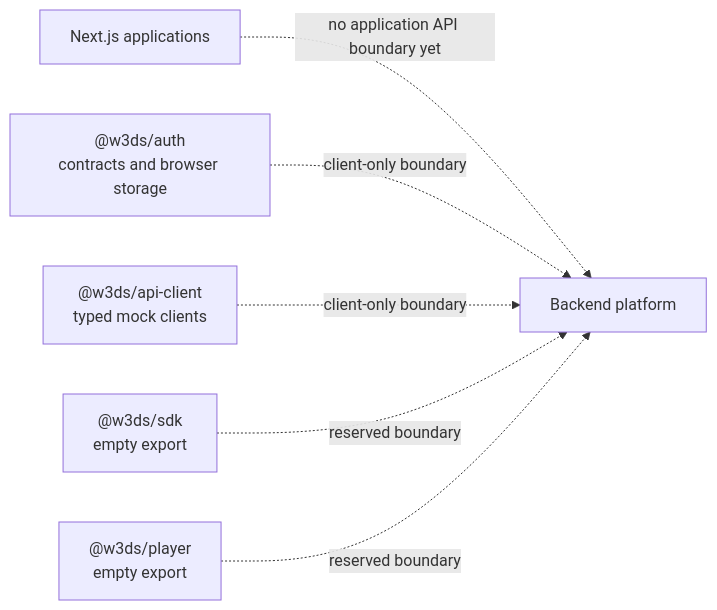
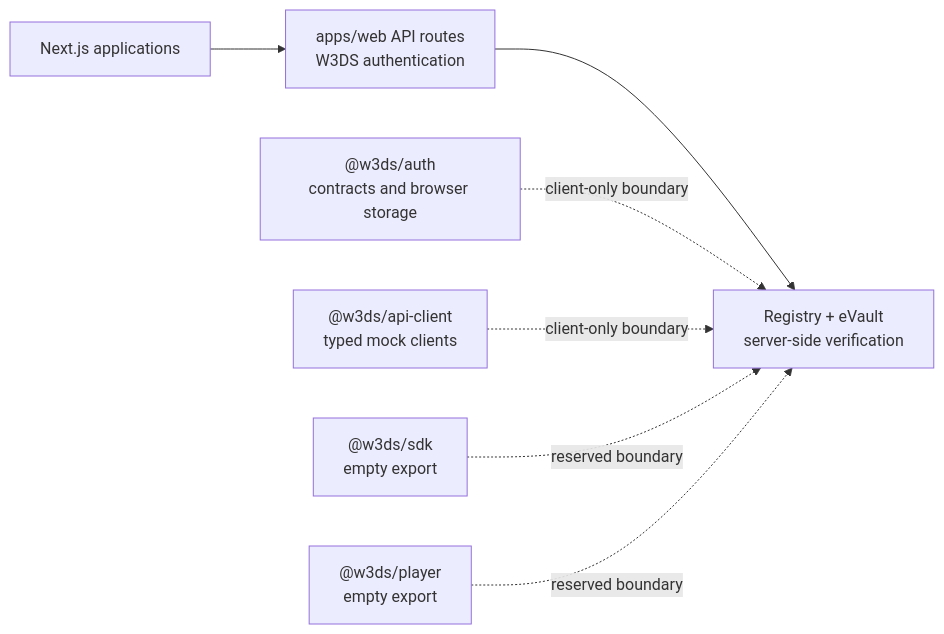
One commit to serobkhachatryan-cpu/vidak changed the diagram in docs/backend.md. Above: the diagram before and after it, drawn with Mermaid. The commit also changed other lines of this file and 27 other files, not shown here.

First line of the commit message:
feat(auth): add W3DS auth backend routes and eID login UX

````diff
--- a/docs/backend.md
+++ b/docs/backend.md
@@ -13,8 +13,9 @@
 ```mermaid
 flowchart LR
-  Clients["Next.js applications"] -. no application API boundary yet .-> Platform["Backend platform"]
-  Auth["@w3ds/auth<br/>contracts and browser storage"] -. client-only boundary .-> Platform
+  Clients["Next.js applications"] --> Auth["apps/web API routes\nW3DS authentication"]
+  Auth --> Platform["Registry + eVault\nserver-side verification"]
+  Contracts["@w3ds/auth<br/>contracts and browser storage"] -. client-only boundary .-> Platform
   API["@w3ds/api-client<br/>typed mock clients"] -. client-only boundary .-> Platform
   SDK["@w3ds/sdk<br/>empty export"] -. reserved boundary .-> Platform
   Player["@w3ds/player<br/>empty export"] -. reserved boundary .-> Platform
 ```
````
